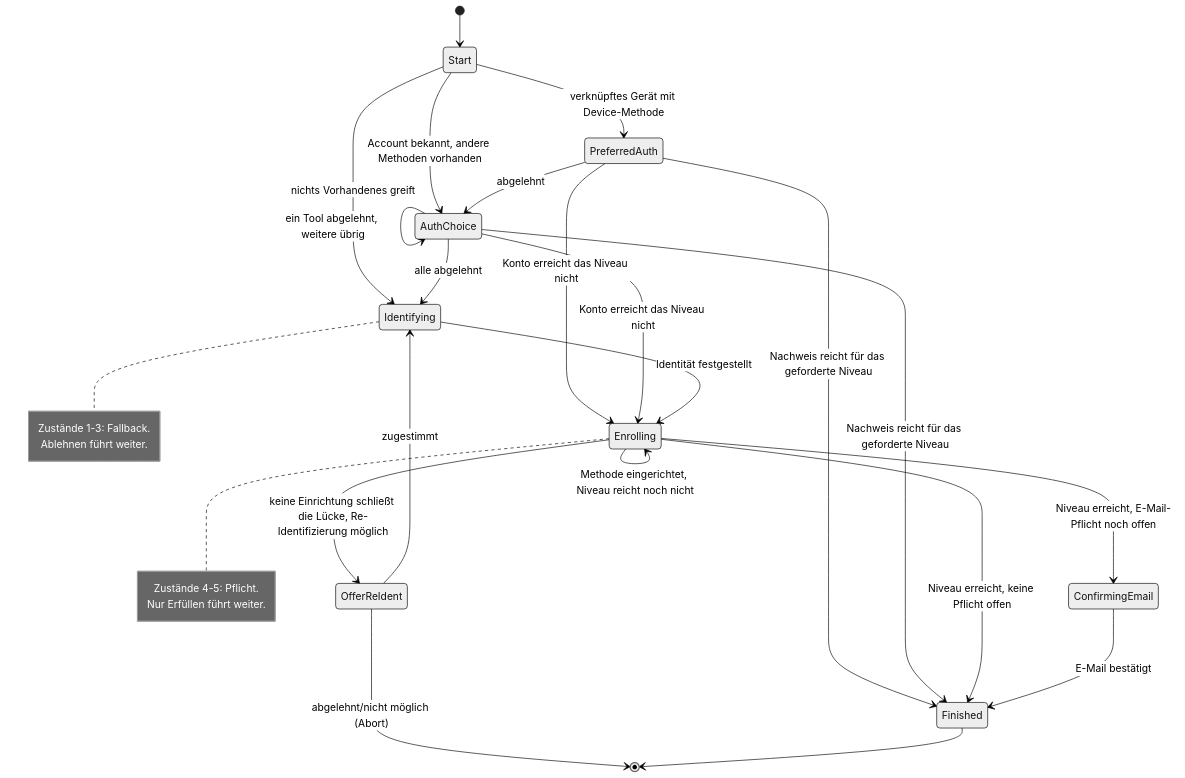
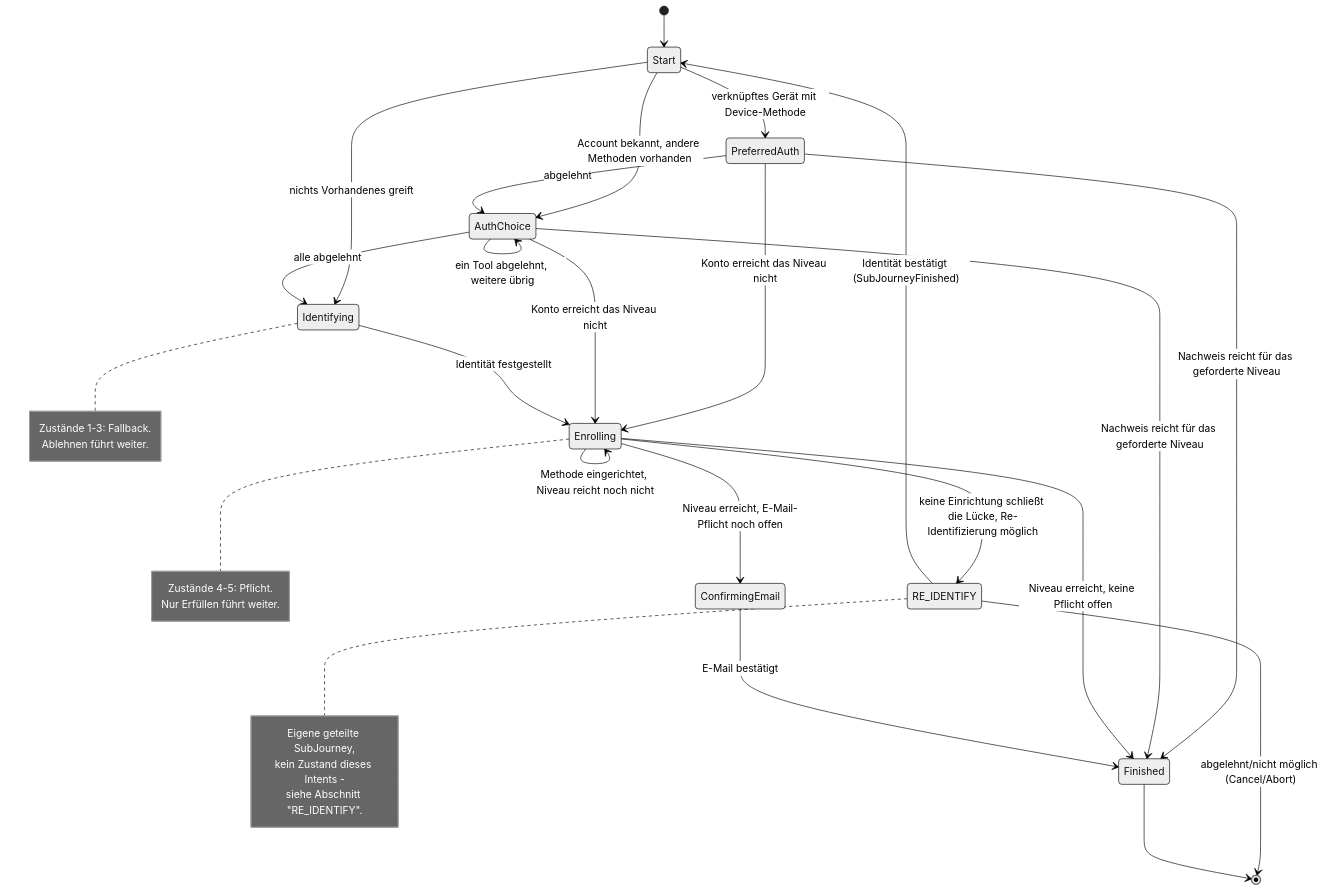
Before and after one commit to rpreissel/DPoP-demo: the second of 8 diagrams in docs/04-orchestrierung.md, drawn with Mermaid (neutral theme). The commit also changed other lines of this file and 32 other files, not shown here.

````diff
--- a/docs/04-orchestrierung.md
+++ b/docs/04-orchestrierung.md
@@ -172,37 +172,42 @@
 ```mermaid
 stateDiagram-v2
   [*] --> Start
   Start --> PreferredAuth: verknüpftes Gerät mit Device-Methode
   Start --> AuthChoice: Account bekannt, andere Methoden vorhanden
   Start --> Identifying: nichts Vorhandenes greift
 
   PreferredAuth --> AuthChoice: abgelehnt
   AuthChoice --> AuthChoice: ein Tool abgelehnt, weitere übrig
   AuthChoice --> Identifying: alle abgelehnt
 
   PreferredAuth --> Finished: Nachweis reicht für das geforderte Niveau
   AuthChoice --> Finished: Nachweis reicht für das geforderte Niveau
   PreferredAuth --> Enrolling: Konto erreicht das Niveau nicht
   AuthChoice --> Enrolling: Konto erreicht das Niveau nicht
   Identifying --> Enrolling: Identität festgestellt
 
   Enrolling --> Enrolling: Methode eingerichtet, Niveau reicht noch nicht
   Enrolling --> ConfirmingEmail: Niveau erreicht, E-Mail-Pflicht noch offen
   Enrolling --> Finished: Niveau erreicht, keine Pflicht offen
   ConfirmingEmail --> Finished: E-Mail bestätigt
 
-  Enrolling --> OfferReIdent: keine Einrichtung schließt die Lücke, Re-Identifizierung möglich
-  OfferReIdent --> Identifying: zugestimmt
-  OfferReIdent --> [*]: abgelehnt/nicht möglich (Abort)
+  Enrolling --> RE_IDENTIFY: keine Einrichtung schließt die Lücke, Re-Identifizierung möglich
+  RE_IDENTIFY --> Start: Identität bestätigt (SubJourneyFinished)
+  RE_IDENTIFY --> [*]: abgelehnt/nicht möglich (Cancel/Abort)
 
   Finished --> [*]
 
   note right of Identifying
     Zustände 1-3: Fallback.
     Ablehnen führt weiter.
   end note
   note right of Enrolling
     Zustände 4-5: Pflicht.
     Nur Erfüllen führt weiter.
   end note
+  note right of RE_IDENTIFY
+    Eigene geteilte SubJourney,
+    kein Zustand dieses Intents -
+    siehe Abschnitt "RE_IDENTIFY".
+  end note
 ```
````
